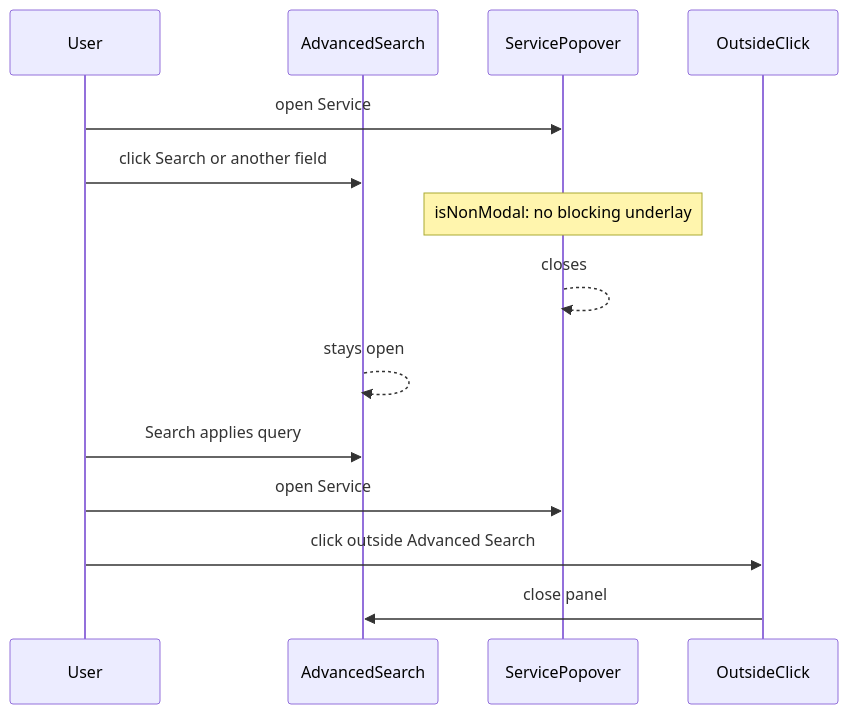
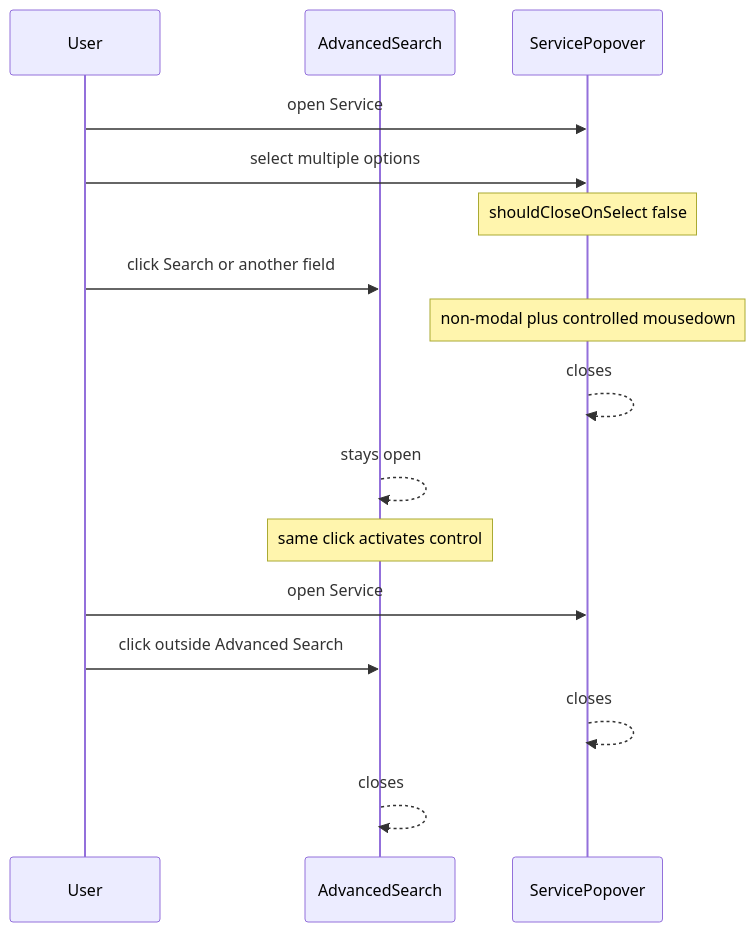
The diagram in docs/superpowers/specs/2026-08-10-advanced-search-service-dismiss-design.md (bitrealm-dev/message-vault), drawn with Mermaid before and after one commit. The commit also changed other lines of this file and 2 other files, not shown here.

First line of the commit message:
fix(contacts): close Service menu without blocking search dismiss

````diff
--- a/docs/superpowers/specs/2026-08-10-advanced-search-service-dismiss-design.md
+++ b/docs/superpowers/specs/2026-08-10-advanced-search-service-dismiss-design.md
@@ -59,18 +60,20 @@
 ```mermaid
 sequenceDiagram
   participant User
   participant Adv as AdvancedSearch
   participant Menu as ServicePopover
-  participant Dismiss as OutsideClick
 
   User->>Menu: open Service
+  User->>Menu: select multiple options
+  Note over Menu: shouldCloseOnSelect false
   User->>Adv: click Search or another field
-  Note over Menu: isNonModal: no blocking underlay
+  Note over Menu: non-modal plus controlled mousedown
   Menu-->>Menu: closes
   Adv-->>Adv: stays open
-  User->>Adv: Search applies query
+  Note over Adv: same click activates control
 
   User->>Menu: open Service
-  User->>Dismiss: click outside Advanced Search
-  Dismiss->>Adv: close panel
+  User->>Adv: click outside Advanced Search
+  Menu-->>Menu: closes
+  Adv-->>Adv: closes
 ```
````
